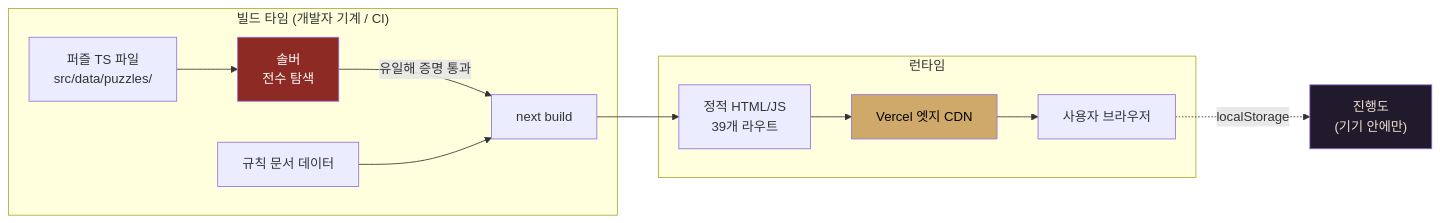
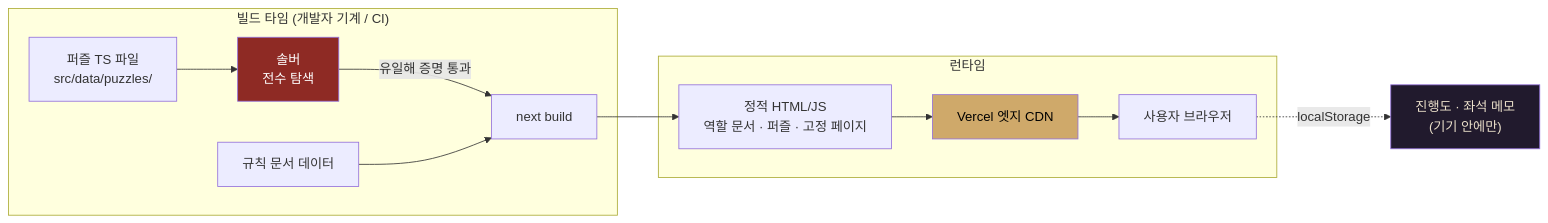
One commit to LeeSongHeon-LSH/clocktower-puzzles changed the first of 8 diagrams in docs/STACK.md. Above: the diagram before and after it, drawn with Mermaid. The commit also changed other lines of this file and 11 other files, not shown here.

````diff
--- a/docs/STACK.md
+++ b/docs/STACK.md
@@ -11,24 +11,24 @@
 ```mermaid
 graph LR
   subgraph build["빌드 타임 (개발자 기계 / CI)"]
     P["퍼즐 TS 파일<br/>src/data/puzzles/"]
     S["솔버<br/>전수 탐색"]
     R["규칙 문서 데이터"]
     P --> S
     S -->|"유일해 증명 통과"| N["next build"]
     R --> N
   end
 
-  N --> H["정적 HTML/JS<br/>39개 라우트"]
+  N --> H["정적 HTML/JS<br/>역할 문서 · 퍼즐 · 고정 페이지"]
 
   subgraph runtime["런타임"]
     H --> CDN["Vercel 엣지 CDN"]
     CDN --> B["사용자 브라우저"]
   end
 
-  B -.->|"localStorage"| LS["진행도<br/>(기기 안에만)"]
+  B -.->|"localStorage"| LS["진행도 · 좌석 메모<br/>(기기 안에만)"]
 
   style S fill:#8e2a24,color:#fff
   style CDN fill:#cfa96a,color:#000
   style LS fill:#211a2d,color:#ece1cb
 ```
````
